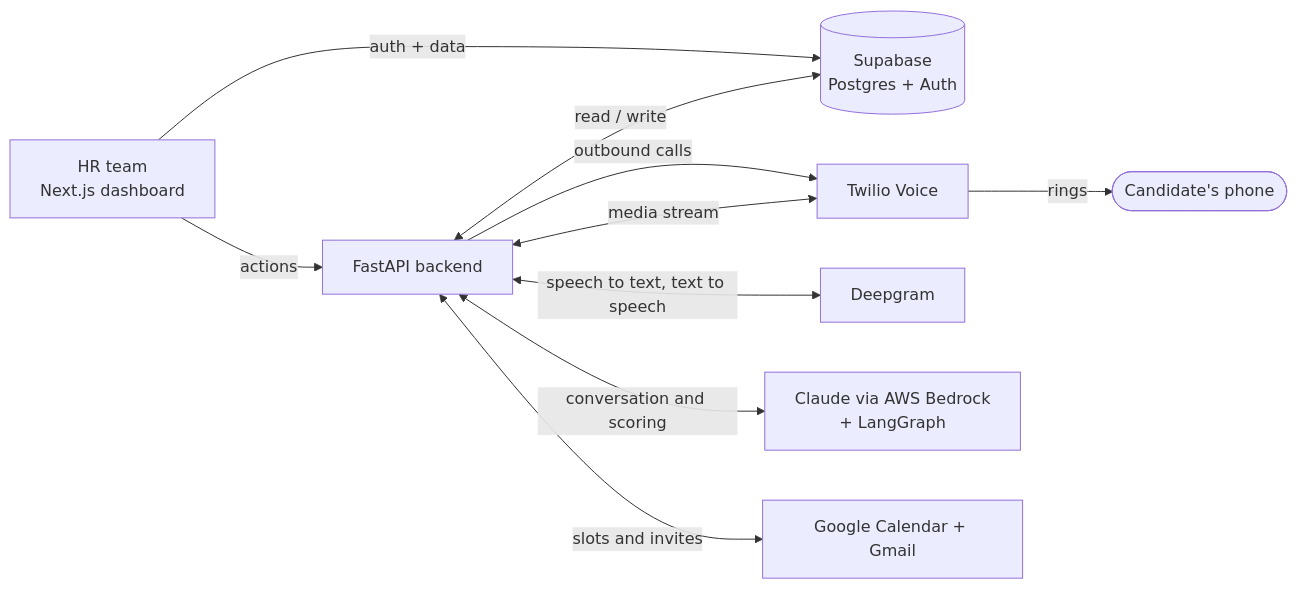
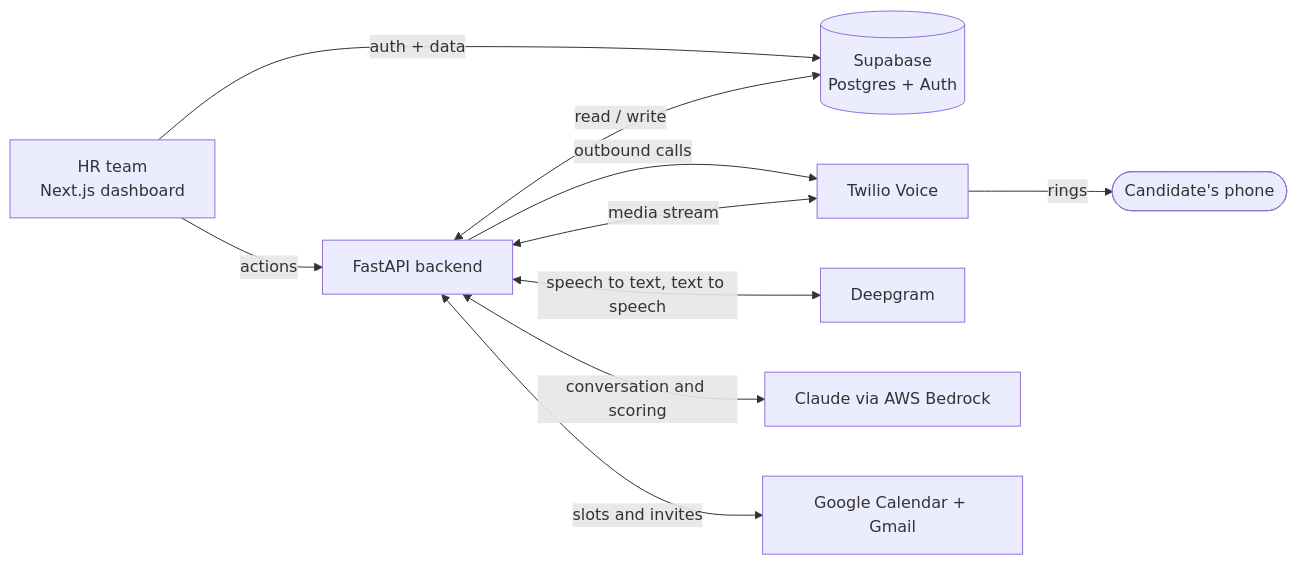
The first of 2 diagrams in README.md (Vikasverma9515/nehahr), drawn with Mermaid before and after one commit. The commit also changed other lines of this file and 12 other files, not shown here.

````diff
--- a/README.md
+++ b/README.md
@@ -91,12 +91,12 @@
 ```mermaid
 flowchart LR
     HR["HR team<br/>Next.js dashboard"] -->|"auth + data"| DB[("Supabase<br/>Postgres + Auth")]
     HR -->|"actions"| API["FastAPI backend"]
     API <-->|"read / write"| DB
     API -->|"outbound calls"| TW["Twilio Voice"]
     TW <-->|"media stream"| API
     API <-->|"speech to text, text to speech"| DG["Deepgram"]
-    API <-->|"conversation and scoring"| LLM["Claude via AWS Bedrock<br/>+ LangGraph"]
+    API <-->|"conversation and scoring"| LLM["Claude via AWS Bedrock"]
     API <-->|"slots and invites"| GC["Google Calendar + Gmail"]
     TW -->|"rings"| CAND(["Candidate's phone"])
 ```
````
